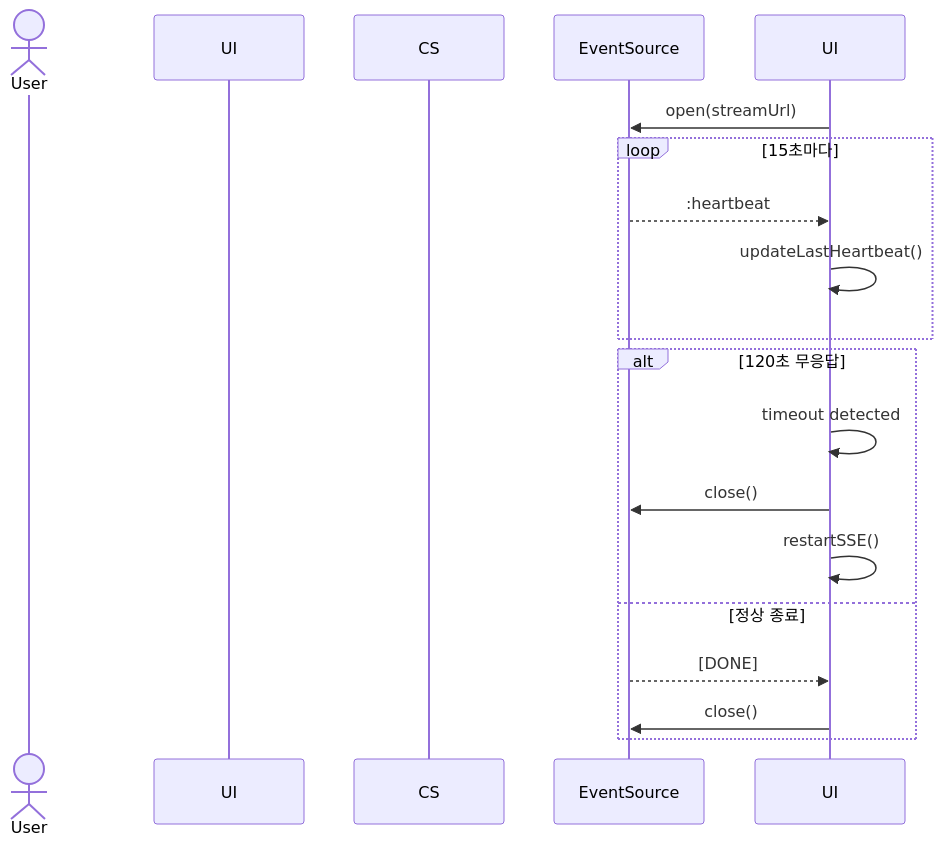
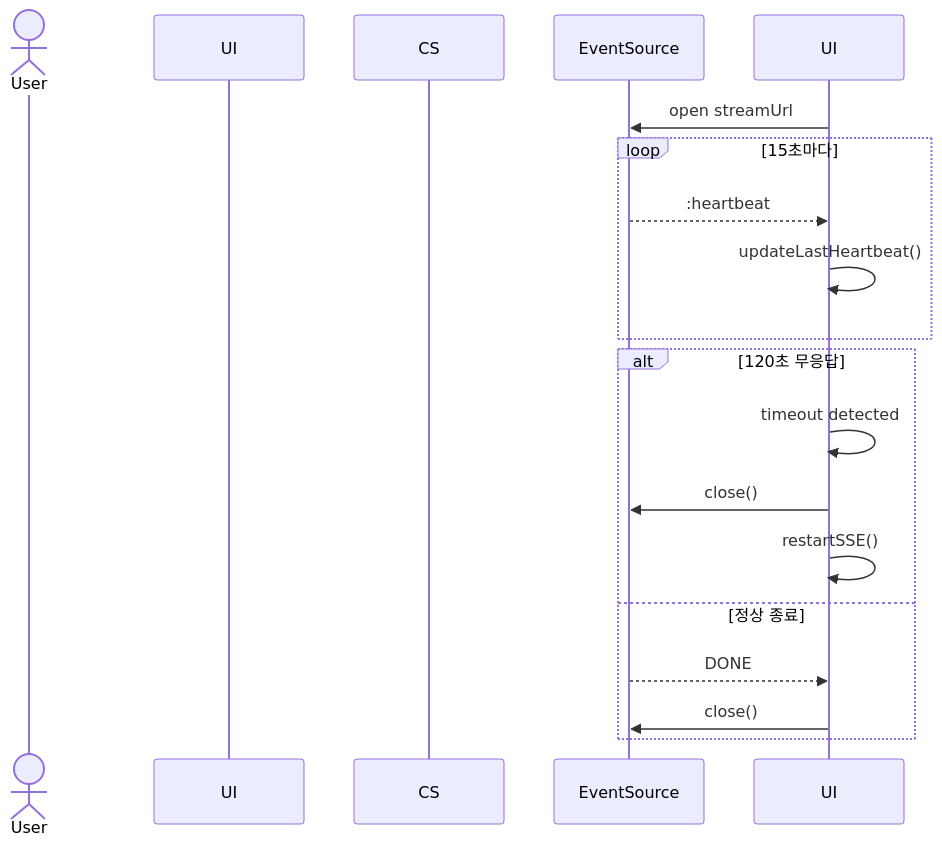
One commit to SKNETWORKS-FAMILY-AICAMP/SKN12-FINAL-2TEAM changed diagram 16 of 31 in FRONTEND_UML_SPECIFICATION.md. Above: the diagram before and after it, drawn with Mermaid. The commit also changed other lines of this file, not shown here.

````diff
--- a/FRONTEND_UML_SPECIFICATION.md
+++ b/FRONTEND_UML_SPECIFICATION.md
@@ -723,21 +723,21 @@
 ```mermaid
 sequenceDiagram
     actor User
     participant ChatPage as UI
     participant ChatStore as CS
     participant SSE as EventSource
     
-    UI->>SSE: open(streamUrl)
+    UI->>SSE: open streamUrl
     loop 15초마다
         SSE-->>UI: :heartbeat
         UI->>UI: updateLastHeartbeat()
     end
     alt 120초 무응답
         UI->>UI: timeout detected
         UI->>SSE: close()
         UI->>UI: restartSSE()
     else 정상 종료
-        SSE-->>UI: [DONE]
+        SSE-->>UI: DONE
         UI->>SSE: close()
     end
 ```
````
